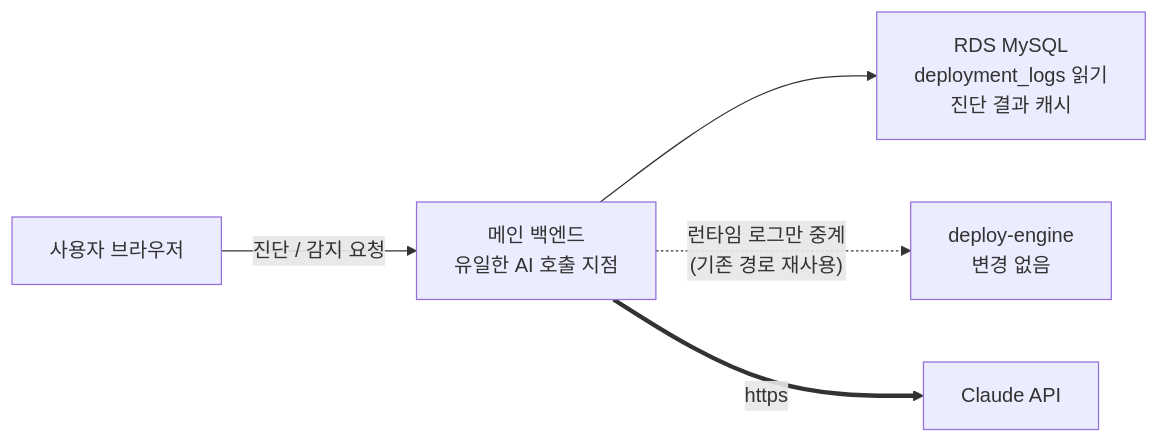
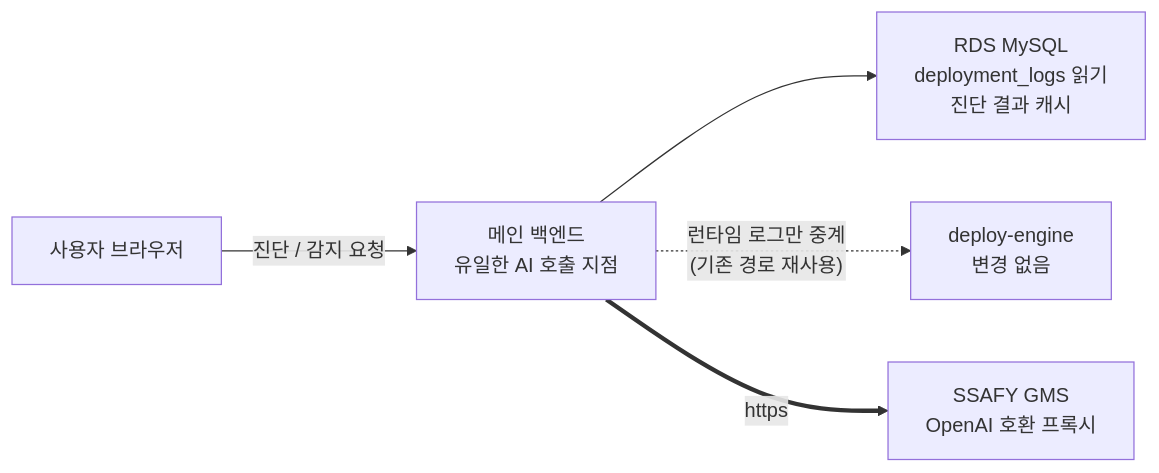
Before and after one commit to kdy1668/ssafyhub: the first of 2 diagrams in docs/AI기능-요구사항명세서.md, drawn with Mermaid. The commit also changed other lines of this file and 20 other files, not shown here.

First line of the commit message:
refactor: AI 제공자를 SSAFY GMS(OpenAI 호환)로 전환

````diff
--- a/docs/AI기능-요구사항명세서.md
+++ b/docs/AI기능-요구사항명세서.md
@@ -108,7 +108,7 @@
 ```mermaid
 flowchart LR
     U["사용자 브라우저"] -->|"진단 / 감지 요청"| BE["메인 백엔드<br/>유일한 AI 호출 지점"]
     BE --> RDS["RDS MySQL<br/>deployment_logs 읽기<br/>진단 결과 캐시"]
     BE -.->|"런타임 로그만 중계<br/>(기존 경로 재사용)"| DE["deploy-engine<br/>변경 없음"]
-    BE ==>|"https"| API["Claude API"]
+    BE ==>|"https"| API["SSAFY GMS<br/>OpenAI 호환 프록시"]
 ```
````
